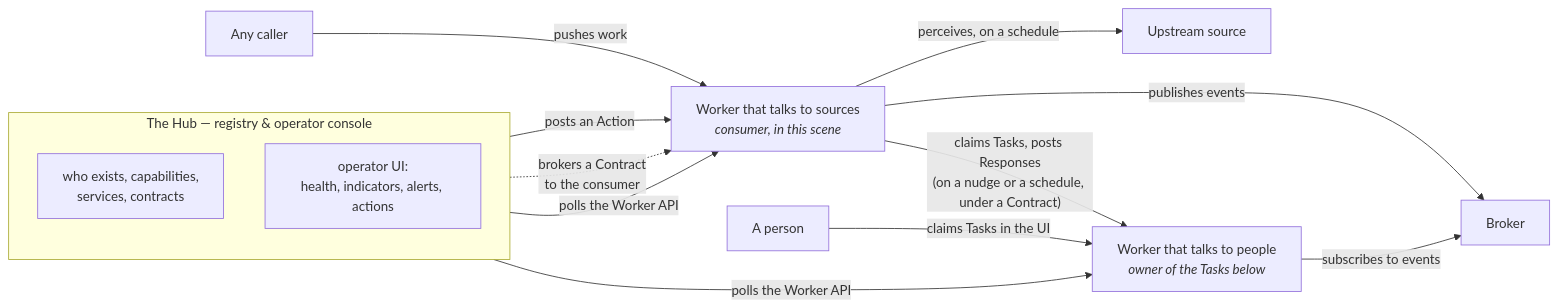
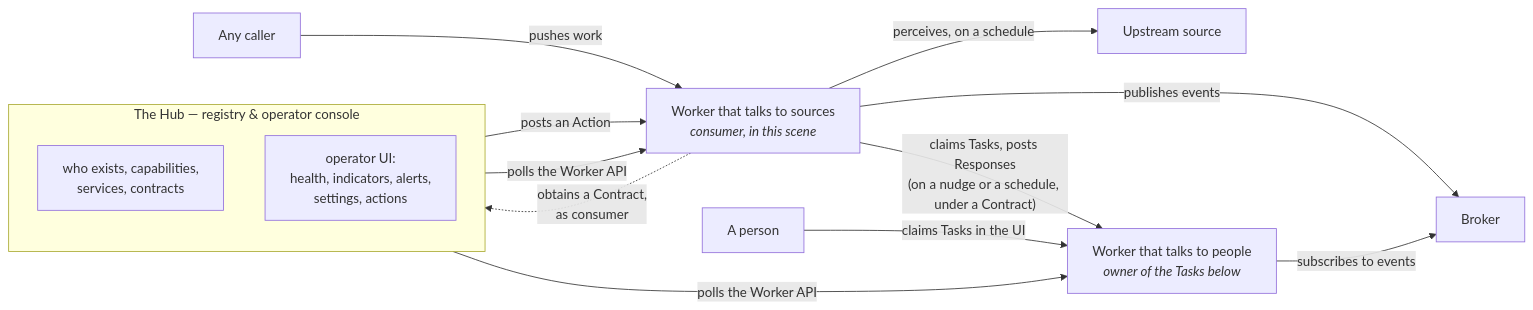
The diagram in docs/architecture.md (rowing-tech/worker-protocol), drawn with Mermaid before and after one commit. The commit also changed other lines of this file and 9 other files, not shown here.

````diff
--- a/docs/architecture.md
+++ b/docs/architecture.md
@@ -112,25 +118,25 @@
 ```mermaid
 flowchart LR
   subgraph hub["The Hub — registry & operator console"]
     direction TB
     registry["who exists, capabilities,<br/>services, contracts"]
-    console["operator UI:<br/>health, indicators, alerts, actions"]
+    console["operator UI:<br/>health, indicators, alerts,<br/>settings, actions"]
   end
   source["Upstream source"]
   caller["Any caller"]
   worker["Worker that talks to sources<br/><i>consumer, in this scene</i>"]
   app["Worker that talks to people<br/><i>owner of the Tasks below</i>"]
   broker["Broker"]
   person["A person"]
 
   worker -- "perceives, on a schedule" --> source
   caller -- "pushes work" --> worker
   worker -- "claims Tasks, posts Responses<br/>(on a nudge or a schedule, under a Contract)" --> app
   person -- "claims Tasks in the UI" --> app
   worker -- "publishes events" --> broker
   app -- "subscribes to events" --> broker
   hub -- "polls the Worker API" --> worker
   hub -- "polls the Worker API" --> app
   console -- "posts an Action" --> worker
-  registry -. "brokers a Contract<br/>to the consumer" .-> worker
+  worker -. "obtains a Contract,<br/>as consumer" .-> registry
 ```
````
